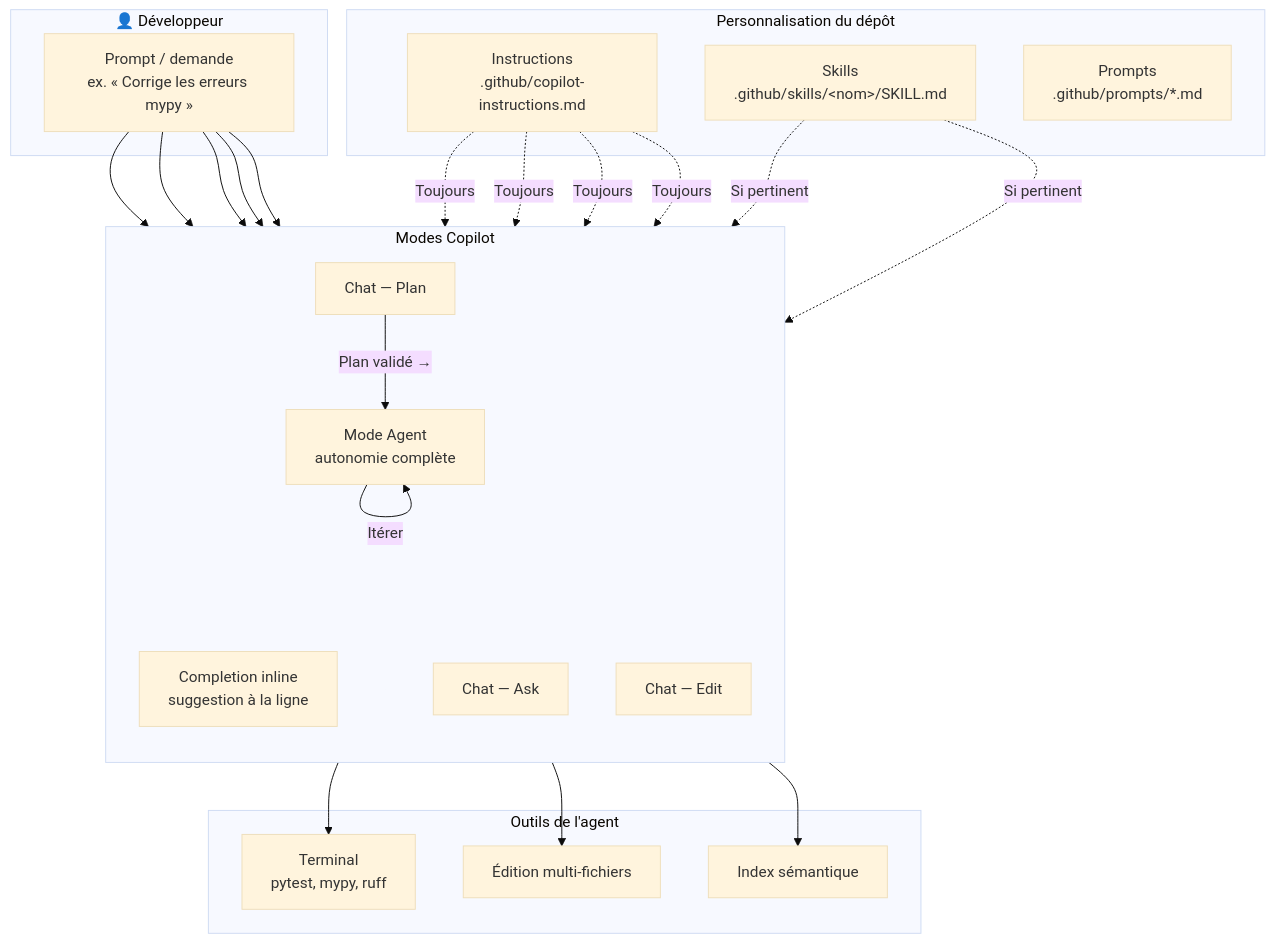
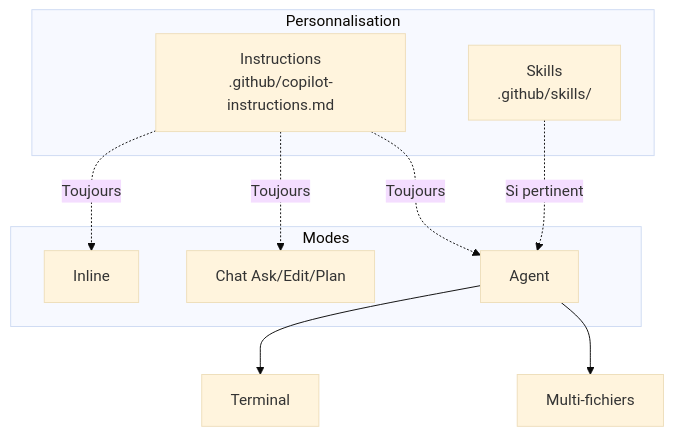
One commit to RDFormations/GH_Copilot_Python changed the second of 2 diagrams in Cours.md. Above: the diagram before and after it, drawn with Mermaid (base theme). The commit also changed other lines of this file and 13 other files, not shown here.

First line of the commit message:
fix: module 4 order (Instructions → Skills → Agent)

````diff
--- a/Cours.md
+++ b/Cours.md
@@ -660,48 +655,18 @@
 ```mermaid
 flowchart TB
- subgraph Dev["👤 Développeur"]
- Q["Prompt / demande<br/>ex. « Corrige les erreurs mypy »"]
+ subgraph Perso["Personnalisation"]
+ Inst["Instructions<br/>.github/copilot-instructions.md"]
+ Skill["Skills<br/>.github/skills/"]
  end
-
- subgraph Modes["Modes Copilot"]
- direction TB
- Inline["Completion inline<br/>suggestion à la ligne"]
- Ask["Chat — Ask"]
- Edit["Chat — Edit"]
- Plan["Chat — Plan"]
- Agent["Mode Agent<br/>autonomie complète"]
+ subgraph Modes["Modes"]
+ Inline["Inline"]
+ Chat["Chat Ask/Edit/Plan"]
+ Agent["Agent"]
  end
-
- subgraph Perso["Personnalisation du dépôt"]
- Inst["Instructions<br/>.github/copilot-instructions.md"]
- Skill["Skills<br/>.github/skills/&lt;nom&gt;/SKILL.md"]
- PromptF["Prompts<br/>.github/prompts/*.md"]
- end
-
- subgraph Outils["Outils de l'agent"]
- Term["Terminal<br/>pytest, mypy, ruff"]
- Files["Édition multi-fichiers"]
- Search["Index sémantique"]
- end
-
- Q --> Inline
- Q --> Ask
- Q --> Edit
- Q --> Plan
- Q --> Agent
-
  Inst -.->|"Toujours"| Inline
- Inst -.->|"Toujours"| Ask
- Inst -.->|"Toujours"| Edit
+ Inst -.->|"Toujours"| Chat
  Inst -.->|"Toujours"| Agent
-
  Skill -.->|"Si pertinent"| Agent
- Skill -.->|"Si pertinent"| Ask
-
- Agent --> Term
- Agent --> Files
- Agent --> Search
- Agent -->|"Itérer"| Agent
-
- Plan -->|"Plan validé →"| Agent
+ Agent --> Term["Terminal"]
+ Agent --> Files["Multi-fichiers"]
 ```
````
